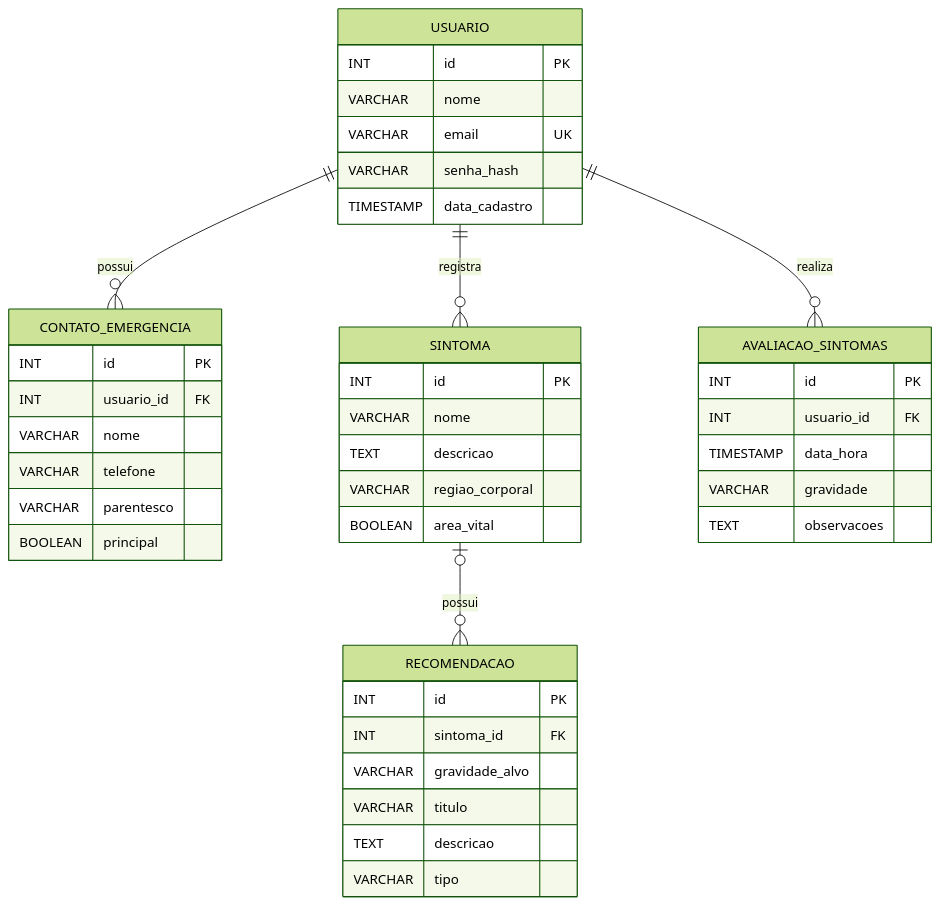
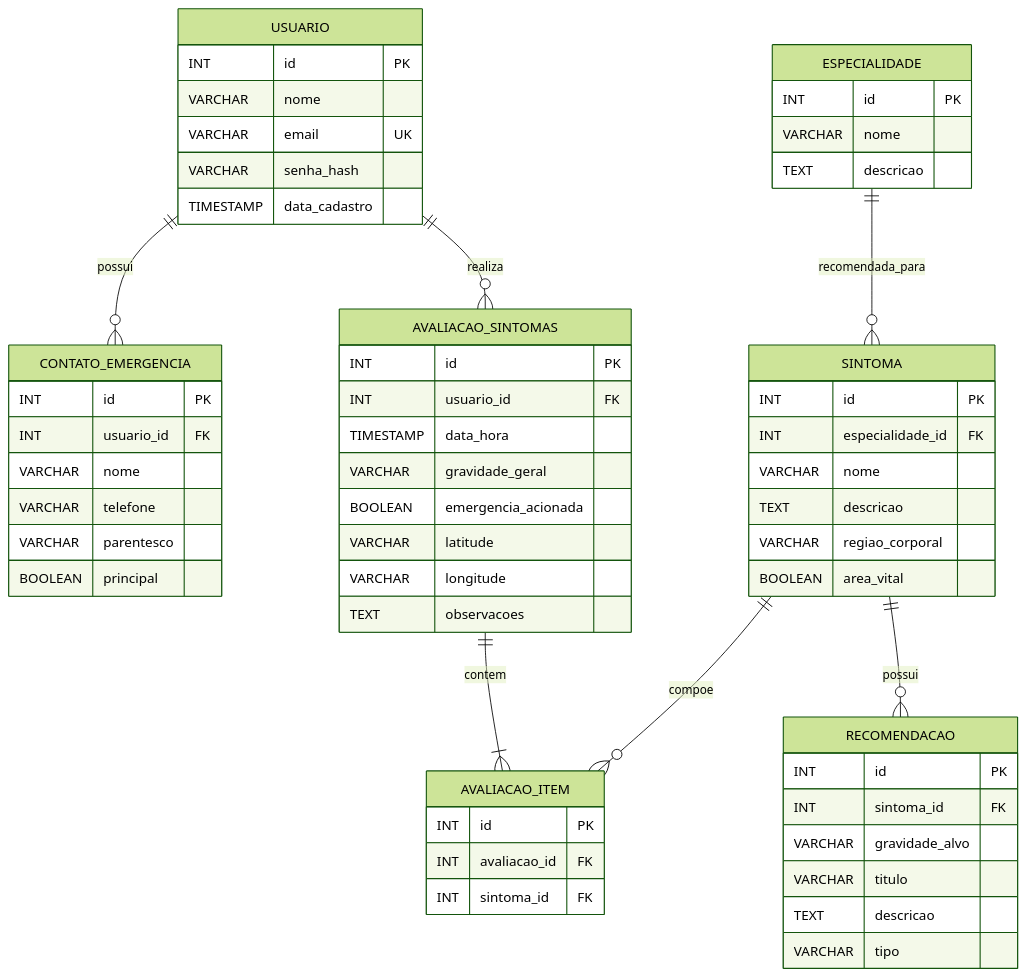
The second of 3 diagrams in README.md (thayssamaneo/vitale), drawn with Mermaid (forest theme) before and after one commit. The commit also changed other lines of this file, not shown here.

````diff
--- a/README.md
+++ b/README.md
@@ -132,51 +218,67 @@
 ```mermaid
 erDiagram
     USUARIO {
         INT id PK
         VARCHAR nome
         VARCHAR email UK
         VARCHAR senha_hash
         TIMESTAMP data_cadastro
     }
 
     CONTATO_EMERGENCIA {
         INT id PK
         INT usuario_id FK
         VARCHAR nome
         VARCHAR telefone
         VARCHAR parentesco
         BOOLEAN principal
     }
 
+    ESPECIALIDADE {
+        INT id PK
+        VARCHAR nome
+        TEXT descricao
+    }
+
     SINTOMA {
         INT id PK
+        INT especialidade_id FK
         VARCHAR nome
         TEXT descricao
         VARCHAR regiao_corporal
         BOOLEAN area_vital
     }
 
     AVALIACAO_SINTOMAS {
         INT id PK
         INT usuario_id FK
         TIMESTAMP data_hora
-        VARCHAR gravidade
+        VARCHAR gravidade_geral
+        BOOLEAN emergencia_acionada
+        VARCHAR latitude
+        VARCHAR longitude
         TEXT observacoes
+    }
+
+    AVALIACAO_ITEM {
+        INT id PK
+        INT avaliacao_id FK
+        INT sintoma_id FK
     }
 
     RECOMENDACAO {
         INT id PK
         INT sintoma_id FK
         VARCHAR gravidade_alvo
         VARCHAR titulo
         TEXT descricao
         VARCHAR tipo
     }
 
     USUARIO ||--o{ CONTATO_EMERGENCIA : possui
     USUARIO ||--o{ AVALIACAO_SINTOMAS : realiza
-
-
-    SINTOMA o|--o{ RECOMENDACAO : possui
-    USUARIO ||--o{ SINTOMA : registra
+    AVALIACAO_SINTOMAS ||--|{ AVALIACAO_ITEM : contem
+    SINTOMA ||--o{ AVALIACAO_ITEM : compoe
+    ESPECIALIDADE ||--o{ SINTOMA : recomendada_para
+    SINTOMA ||--o{ RECOMENDACAO : possui
 ```
````
